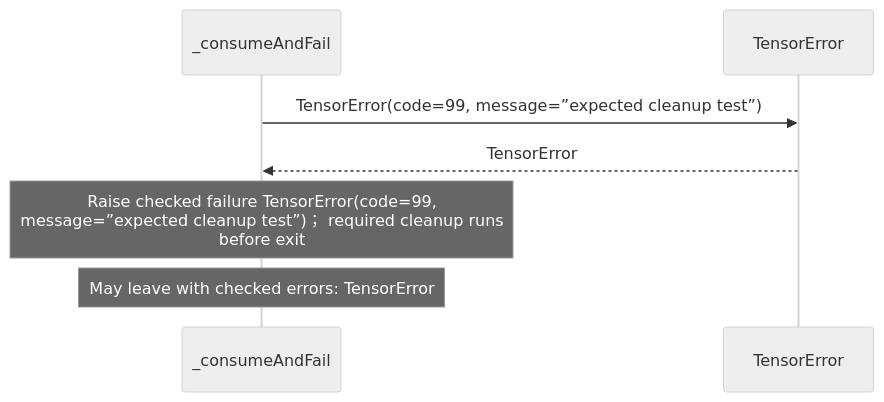
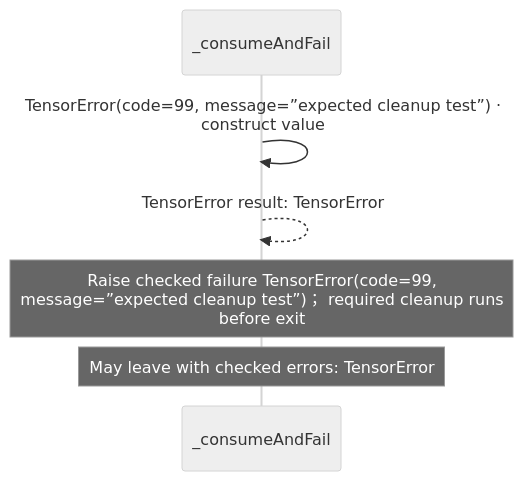
Before and after one commit to GreenPandaStudios/augscript: the sixth of 7 diagrams in docs/examples/native-pytorch/dependencies/packages/@greenpandastudios/aug-pytorch/0.1.6/api-diagrams.md, drawn with Mermaid (neutral theme). The commit also changed other lines of this file and 304 other files, not shown here.

Commit message:
Make generated data-flow sequences concise and review every diagram

````diff
--- a/docs/examples/native-pytorch/dependencies/packages/@greenpandastudios/aug-pytorch/0.1.6/api-diagrams.md
+++ b/docs/examples/native-pytorch/dependencies/packages/@greenpandastudios/aug-pytorch/0.1.6/api-diagrams.md
@@ -193,9 +168,9 @@
 ```mermaid
 sequenceDiagram
     participant p0 as _consumeAndFail
-    participant p1 as TensorError
-    p0->>p1: TensorError(code=99, message=”expected cleanup test”)
-    p1-->>p0: TensorError
+
+    p0->>p0: TensorError(code=99, message=”expected cleanup test”) ·<br/>construct value
+    p0-->>p0: TensorError result: TensorError
     Note over p0: Raise checked failure TensorError(code=99,<br/>message=”expected cleanup test”)； required cleanup runs<br/>before exit
     Note over p0: May leave with checked errors: TensorError
 ```
````
